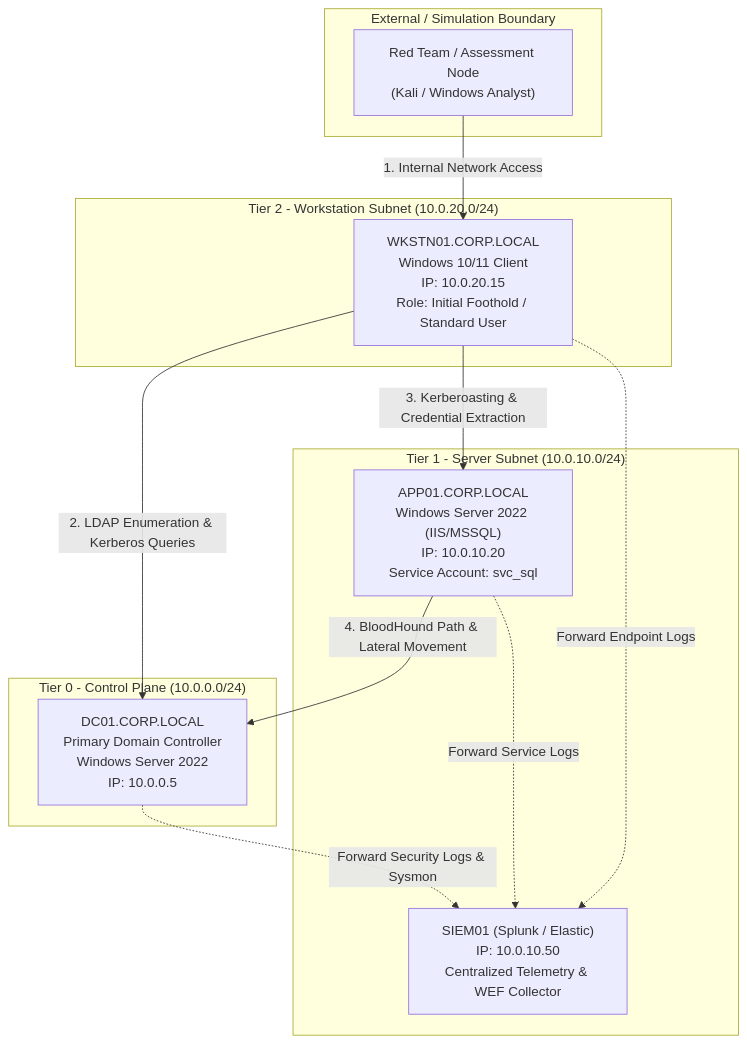
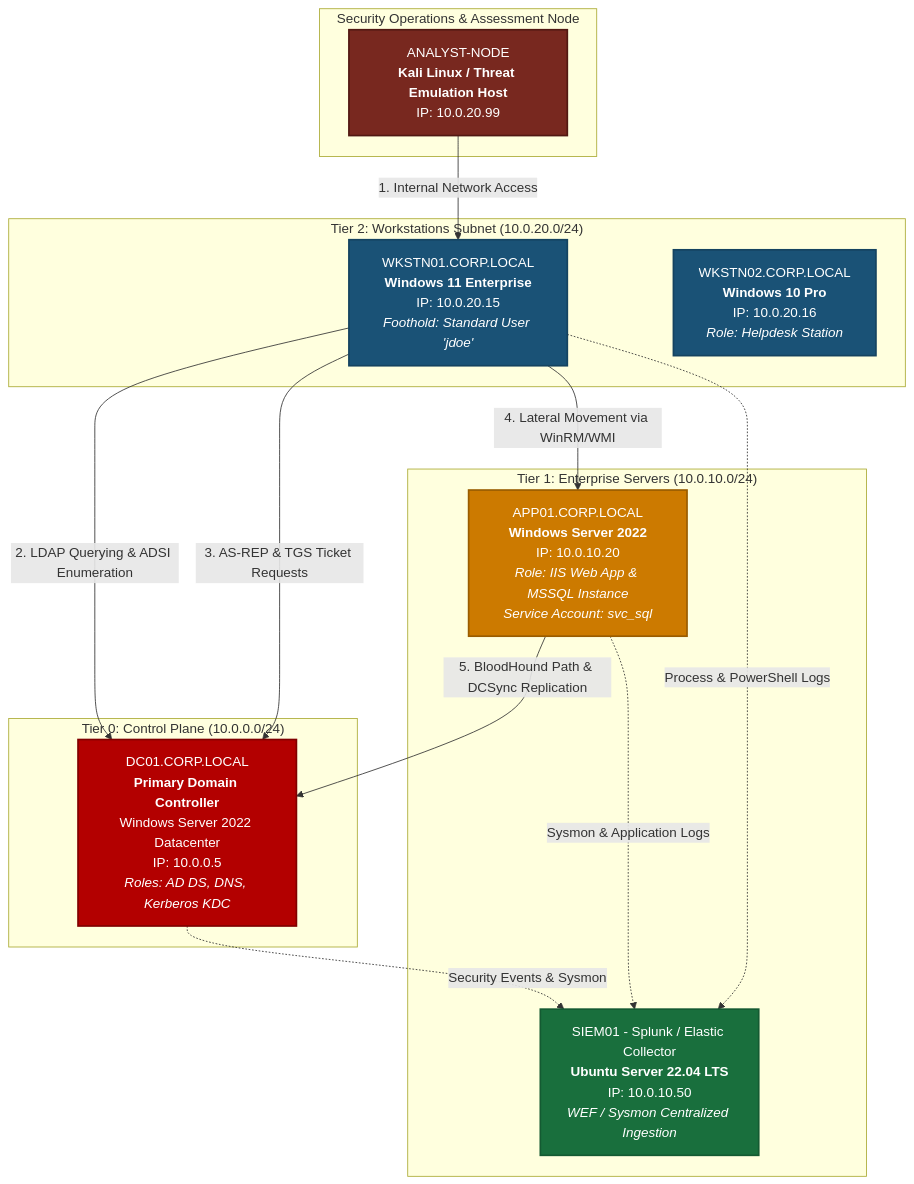
Before and after one commit to ferecovilkin/active-directory-red-team-lab: the first of 3 diagrams in README.md, drawn with Mermaid. The commit also changed other lines of this file and 11 other files, not shown here.

Commit message:
feat: complete enterprise Purple Team portfolio with Sigma, Splunk, KQL, Sysmon, and audit tooling

````diff
--- a/README.md
+++ b/README.md
@@ -24,27 +63,42 @@
 ```mermaid
-graph TD
-    subgraph "External / Simulation Boundary"
-        Attacker["Red Team / Assessment Node<br/>(Kali / Windows Analyst)"]
+graph TB
+    subgraph TIER2 ["Tier 2: Workstations Subnet (10.0.20.0/24)"]
+        WKSTN01["WKSTN01.CORP.LOCAL<br/><b>Windows 11 Enterprise</b><br/>IP: 10.0.20.15<br/><i>Foothold: Standard User 'jdoe'</i>"]
+        WKSTN02["WKSTN02.CORP.LOCAL<br/><b>Windows 10 Pro</b><br/>IP: 10.0.20.16<br/><i>Role: Helpdesk Station</i>"]
     end
 
-    subgraph "Tier 2 - Workstation Subnet (10.0.20.0/24)"
-        WKSTN01["WKSTN01.CORP.LOCAL<br/>Windows 10/11 Client<br/>IP: 10.0.20.15<br/>Role: Initial Foothold / Standard User"]
+    subgraph TIER1 ["Tier 1: Enterprise Servers (10.0.10.0/24)"]
+        APP01["APP01.CORP.LOCAL<br/><b>Windows Server 2022</b><br/>IP: 10.0.10.20<br/><i>Role: IIS Web App & MSSQL Instance<br/>Service Account: svc_sql</i>"]
+        SIEM01["SIEM01 - Splunk / Elastic Collector<br/><b>Ubuntu Server 22.04 LTS</b><br/>IP: 10.0.10.50<br/><i>WEF / Sysmon Centralized Ingestion</i>"]
     end
 
-    subgraph "Tier 1 - Server Subnet (10.0.10.0/24)"
-        APP01["APP01.CORP.LOCAL<br/>Windows Server 2022 (IIS/MSSQL)<br/>IP: 10.0.10.20<br/>Service Account: svc_sql"]
-        SIEM01["SIEM01 (Splunk / Elastic)<br/>IP: 10.0.10.50<br/>Centralized Telemetry & WEF Collector"]
+    subgraph TIER0 ["Tier 0: Control Plane (10.0.0.0/24)"]
+        DC01["DC01.CORP.LOCAL<br/><b>Primary Domain Controller</b><br/>Windows Server 2022 Datacenter<br/>IP: 10.0.0.5<br/><i>Roles: AD DS, DNS, Kerberos KDC</i>"]
     end
 
-    subgraph "Tier 0 - Control Plane (10.0.0.0/24)"
-        DC01["DC01.CORP.LOCAL<br/>Primary Domain Controller<br/>Windows Server 2022<br/>IP: 10.0.0.5"]
+    subgraph ASSESS ["Security Operations & Assessment Node"]
+        KALI["ANALYST-NODE<br/><b>Kali Linux / Threat Emulation Host</b><br/>IP: 10.0.20.99"]
     end
 
-    Attacker -->|1. Internal Network Access| WKSTN01
-    WKSTN01 -->|2. LDAP Enumeration & Kerberos Queries| DC01
-    WKSTN01 -->|3. Kerberoasting & Credential Extraction| APP01
-    APP01 -->|4. BloodHound Path & Lateral Movement| DC01
-    DC01 -.->|Forward Security Logs & Sysmon| SIEM01
-    WKSTN01 -.->|Forward Endpoint Logs| SIEM01
-    APP01 -.->|Forward Service Logs| SIEM01
+    KALI -->|1. Internal Network Access| WKSTN01
+    WKSTN01 -->|2. LDAP Querying & ADSI Enumeration| DC01
+    WKSTN01 -->|3. AS-REP & TGS Ticket Requests| DC01
+    WKSTN01 -->|4. Lateral Movement via WinRM/WMI| APP01
+    APP01 -->|5. BloodHound Path & DCSync Replication| DC01
+
+    DC01 -.->|Security Events & Sysmon| SIEM01
+    APP01 -.->|Sysmon & Application Logs| SIEM01
+    WKSTN01 -.->|Process & PowerShell Logs| SIEM01
+
+    classDef t0 fill:#b30000,stroke:#800000,stroke-width:2px,color:#fff;
+    classDef t1 fill:#cc7a00,stroke:#995c00,stroke-width:2px,color:#fff;
+    classDef t2 fill:#1a5276,stroke:#154360,stroke-width:2px,color:#fff;
+    classDef siem fill:#196f3d,stroke:#145a32,stroke-width:2px,color:#fff;
+    classDef red fill:#78281f,stroke:#511812,stroke-width:2px,color:#fff;
+
+    class DC01 t0;
+    class APP01 t1;
+    class WKSTN01,WKSTN02 t2;
+    class SIEM01 siem;
+    class KALI red;
 ```
````
